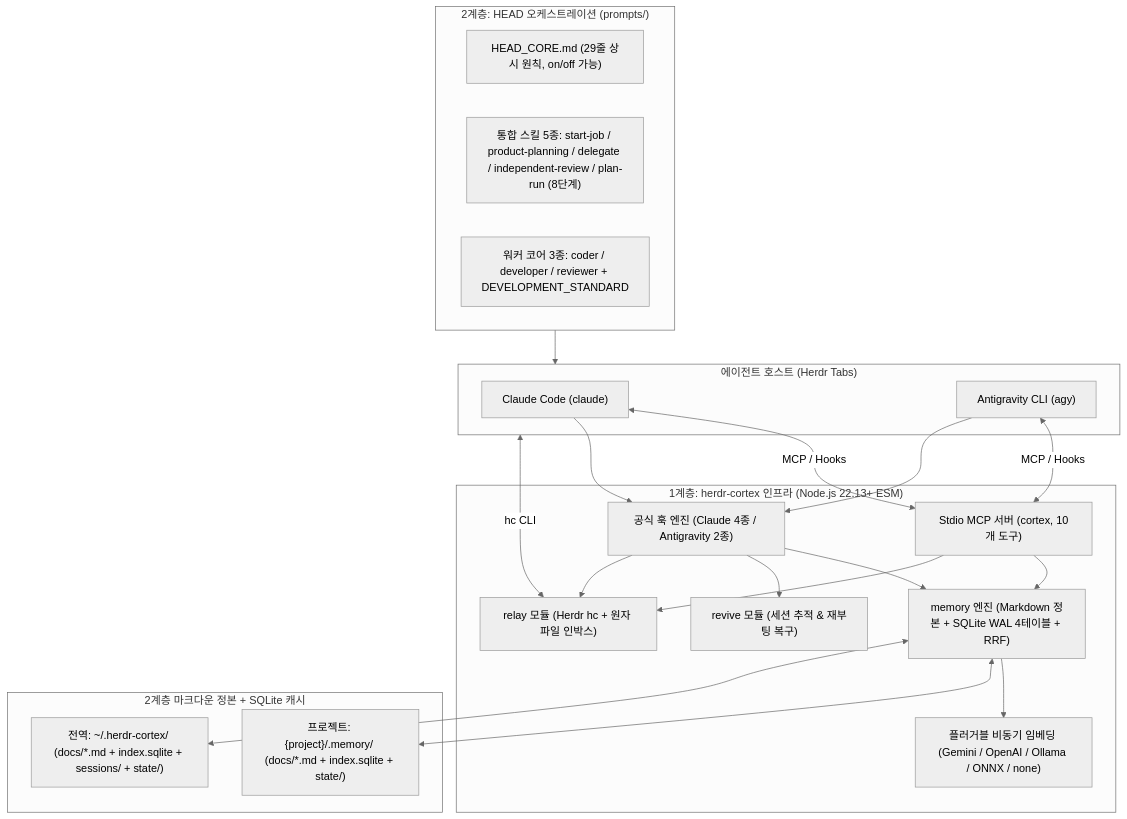
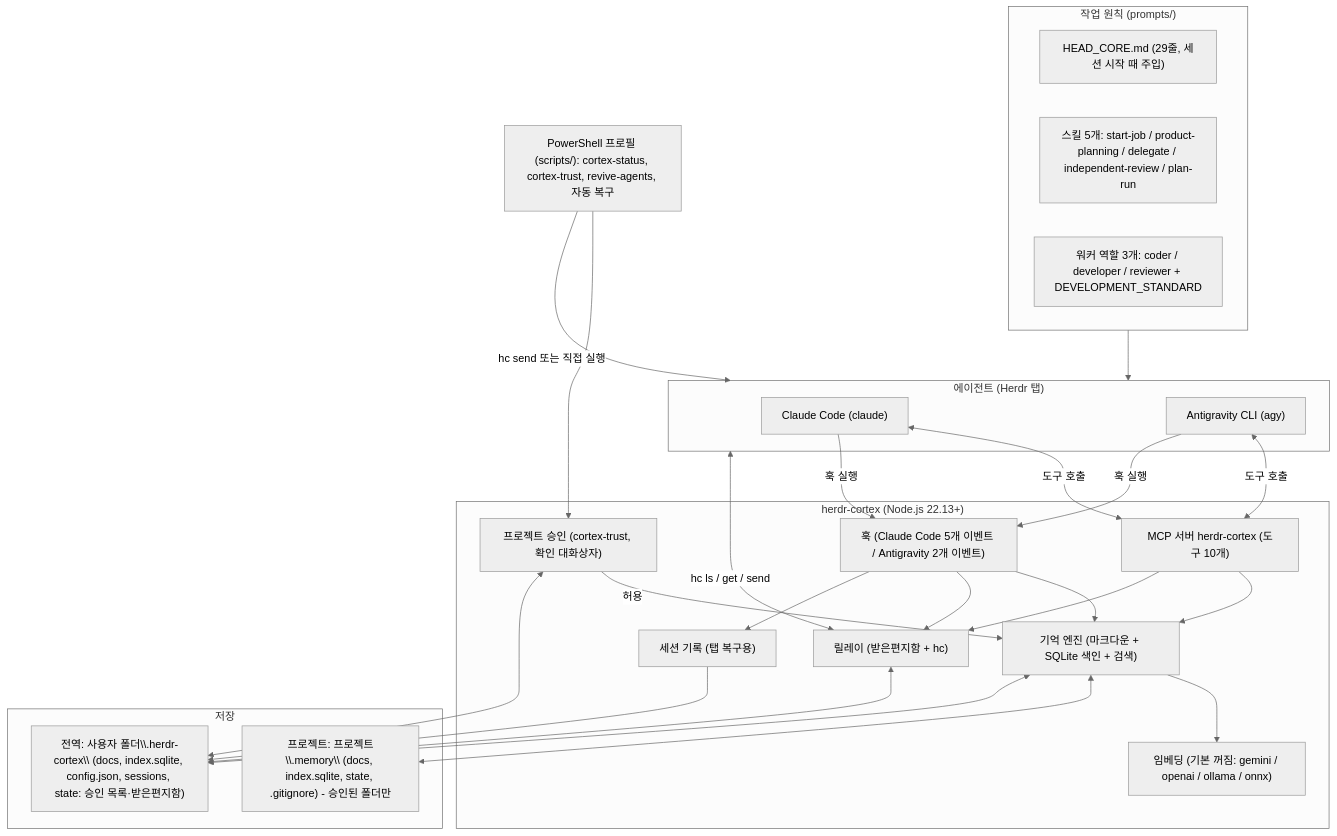
One commit to ggumtakg/herdr-cortex changed the diagram in README.md. Above: the diagram before and after it, drawn with Mermaid (neutral theme). The commit also changed other lines of this file and 13 other files, not shown here.

````diff
--- a/README.md
+++ b/README.md
@@ -94,42 +795,51 @@
 ```mermaid
 flowchart TB
-    subgraph Layer2["2계층: HEAD 오케스트레이션 (prompts/)"]
-        HC["HEAD_CORE.md (29줄 상시 원칙, on/off 가능)"]
-        SK["통합 스킬 5종: start-job / product-planning / delegate / independent-review / plan-run (8단계)"]
-        WK["워커 코어 3종: coder / developer / reviewer + DEVELOPMENT_STANDARD"]
+    subgraph Prompts["작업 원칙 (prompts/)"]
+        HC["HEAD_CORE.md (29줄, 세션 시작 때 주입)"]
+        SK["스킬 5개: start-job / product-planning / delegate / independent-review / plan-run"]
+        WK["워커 역할 3개: coder / developer / reviewer + DEVELOPMENT_STANDARD"]
     end
 
-    subgraph Hosts["에이전트 호스트 (Herdr Tabs)"]
+    subgraph Hosts["에이전트 (Herdr 탭)"]
         CL["Claude Code (claude)"]
         AG["Antigravity CLI (agy)"]
     end
 
-    subgraph Layer1["1계층: herdr-cortex 인프라 (Node.js 22.13+ ESM)"]
-        MCP["Stdio MCP 서버 (cortex, 10개 도구)"]
-        HOOK["공식 훅 엔진 (Claude 4종 / Antigravity 2종)"]
-        REV["revive 모듈 (세션 추적 & 재부팅 복구)"]
-        REL["relay 모듈 (Herdr hc + 원자 파일 인박스)"]
-        MEM["memory 엔진 (Markdown 정본 + SQLite WAL 4테이블 + RRF)"]
-        EMB["플러거블 비동기 임베딩 (Gemini / OpenAI / Ollama / ONNX / none)"]
+    subgraph Core["herdr-cortex (Node.js 22.13+)"]
+        MCP["MCP 서버 herdr-cortex (도구 10개)"]
+        HOOK["훅 (Claude Code 5개 이벤트 / Antigravity 2개 이벤트)"]
+        TRUST["프로젝트 승인 (cortex-trust, 확인 대화상자)"]
+        MEM["기억 엔진 (마크다운 + SQLite 색인 + 검색)"]
+        EMB["임베딩 (기본 꺼짐: gemini / openai / ollama / onnx)"]
+        REL["릴레이 (받은편지함 + hc)"]
+        REV["세션 기록 (탭 복구용)"]
     end
 
-    subgraph Storage["2계층 마크다운 정본 + SQLite 캐시"]
-        PM["프로젝트: {project}/.memory/ (docs/*.md + index.sqlite + state/)"]
-        GM["전역: ~/.herdr-cortex/ (docs/*.md + index.sqlite + sessions/ + state/)"]
+    subgraph Storage["저장"]
+        PM["프로젝트: 프로젝트\\.memory\\ (docs, index.sqlite, state, .gitignore) - 승인된 폴더만"]
+        GM["전역: 사용자 폴더\\.herdr-cortex\\ (docs, index.sqlite, config.json, sessions, state: 승인 목록·받은편지함)"]
     end
 
-    Layer2 --> Hosts
-    CL <-->|"MCP / Hooks"| MCP
-    AG <-->|"MCP / Hooks"| MCP
-    CL --> HOOK
-    AG --> HOOK
+    PS["PowerShell 프로필 (scripts/): cortex-status, cortex-trust, revive-agents, 자동 복구"]
+
+    Prompts --> Hosts
+    CL <-->|"도구 호출"| MCP
+    AG <-->|"도구 호출"| MCP
+    CL -->|"훅 실행"| HOOK
+    AG -->|"훅 실행"| HOOK
     HOOK --> MEM
+    HOOK --> REL
     HOOK --> REV
-    HOOK --> REL
     MCP --> MEM
     MCP --> REL
     MEM --> EMB
+    TRUST -->|"허용"| MEM
     MEM <--> PM
     MEM <--> GM
-    REL <-->|"hc CLI"| Hosts
+    REL <--> GM
+    REV --> GM
+    TRUST <--> GM
+    REL <-->|"hc ls / get / send"| Hosts
+    PS --> TRUST
+    PS -->|"hc send 또는 직접 실행"| Hosts
 ```
````
